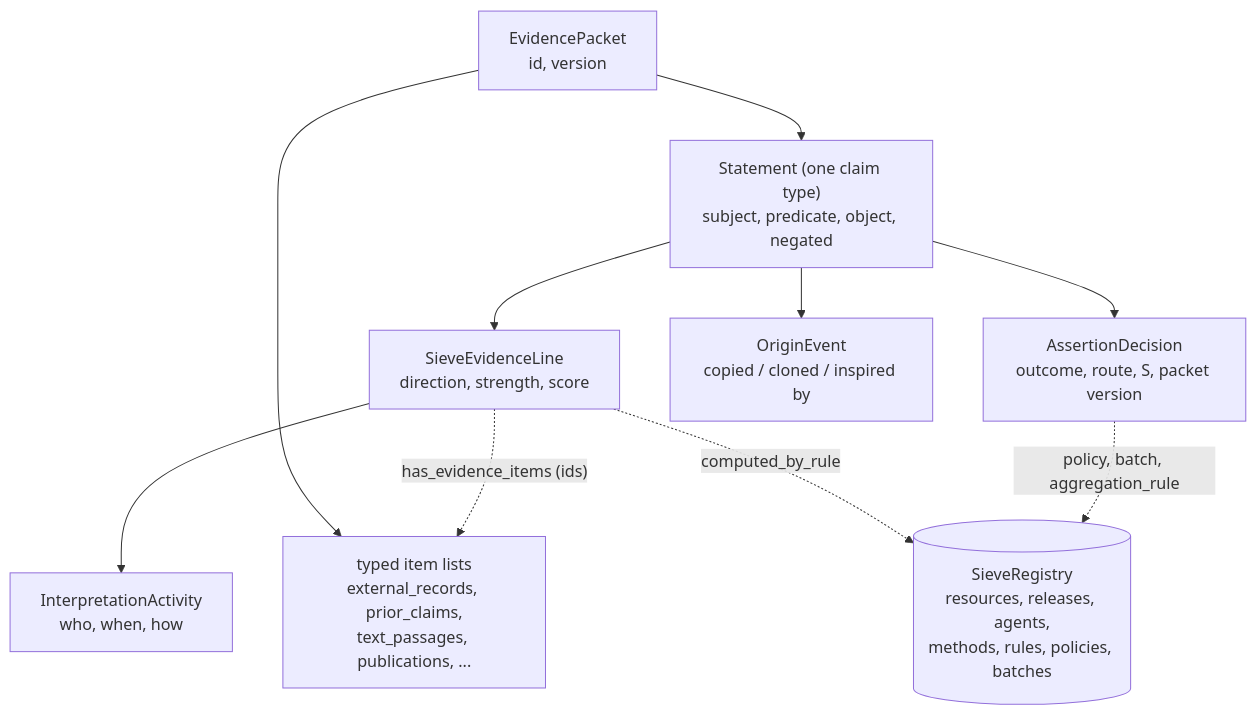
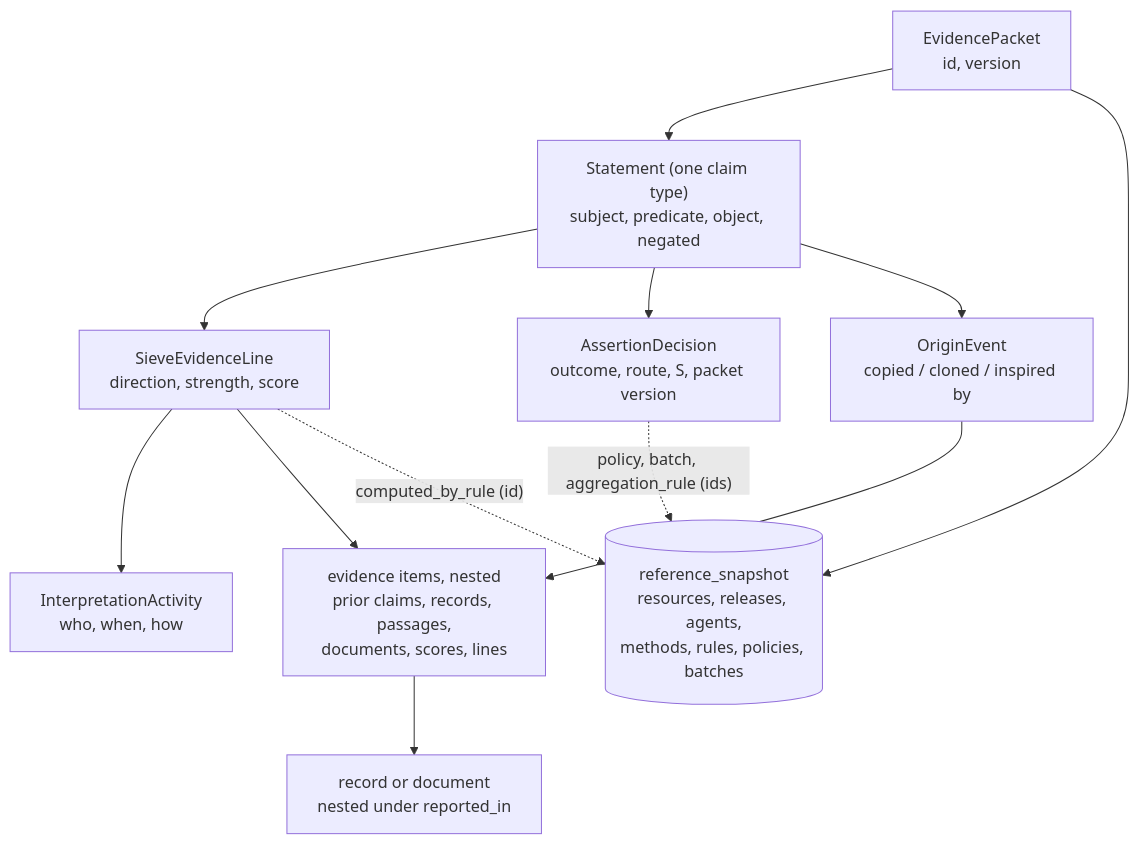
Before and after one commit to matentzn/sieve: the diagram in docs/data-model.md, drawn with Mermaid. The commit also changed other lines of this file and 11 other files, not shown here.

Commit message:
Document the canonical core and nested evidence

````diff
--- a/docs/data-model.md
+++ b/docs/data-model.md
@@ -52,13 +59,14 @@
 ```mermaid
 flowchart TD
     P["EvidencePacket<br/>id, version"] --> S["Statement (one claim type)<br/>subject, predicate, object, negated"]
     S --> L["SieveEvidenceLine<br/>direction, strength, score"]
     L --> IA["InterpretationActivity<br/>who, when, how"]
     S --> D["AssertionDecision<br/>outcome, route, S, packet version"]
     S --> O["OriginEvent<br/>copied / cloned / inspired by"]
-    P --> I["typed item lists<br/>external_records, prior_claims,<br/>text_passages, publications, ..."]
-    L -. "has_evidence_items (ids)" .-> I
-    R[("SieveRegistry<br/>resources, releases, agents,<br/>methods, rules, policies, batches")]
-    L -. "computed_by_rule" .-> R
-    D -. "policy, batch, aggregation_rule" .-> R
+    L --> I["evidence items, nested<br/>prior claims, records, passages,<br/>documents, scores, lines"]
+    I --> RI["record or document<br/>nested under reported_in"]
+    O --> I
+    P --> R[("reference_snapshot<br/>resources, releases, agents,<br/>methods, rules, policies, batches")]
+    L -. "computed_by_rule (id)" .-> R
+    D -. "policy, batch, aggregation_rule (ids)" .-> R
 ```
````
